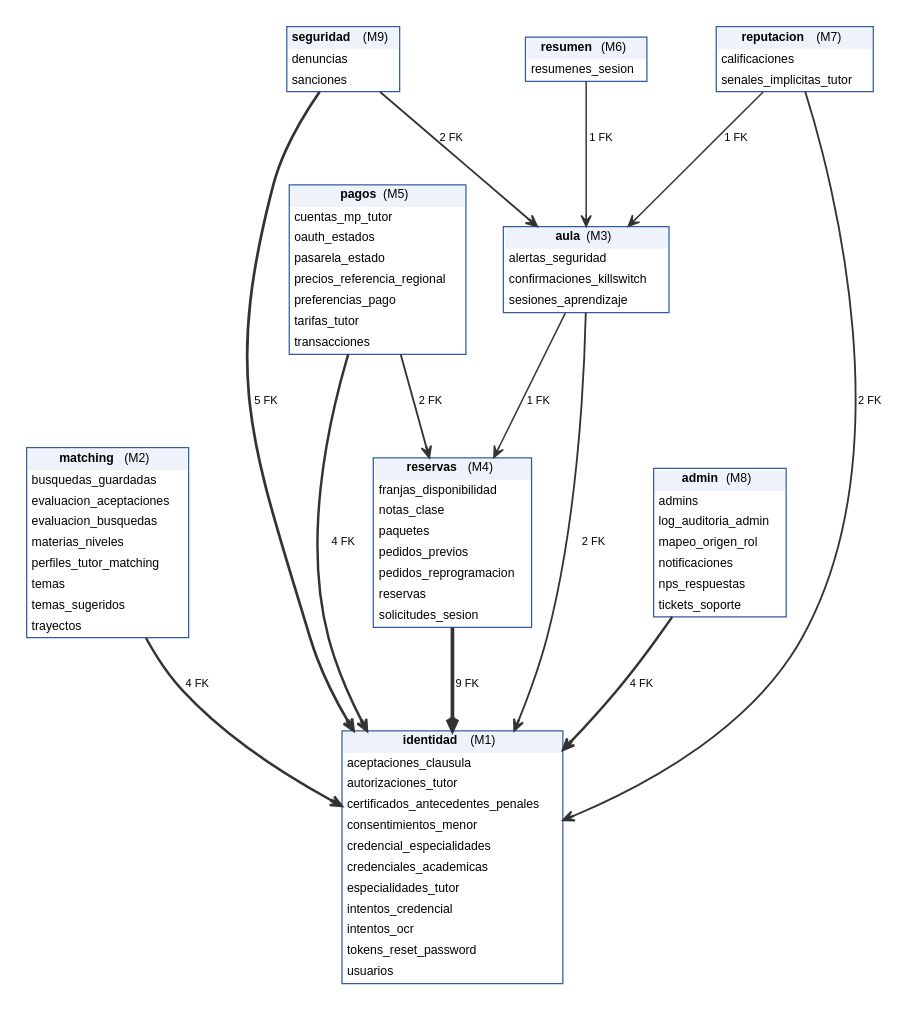
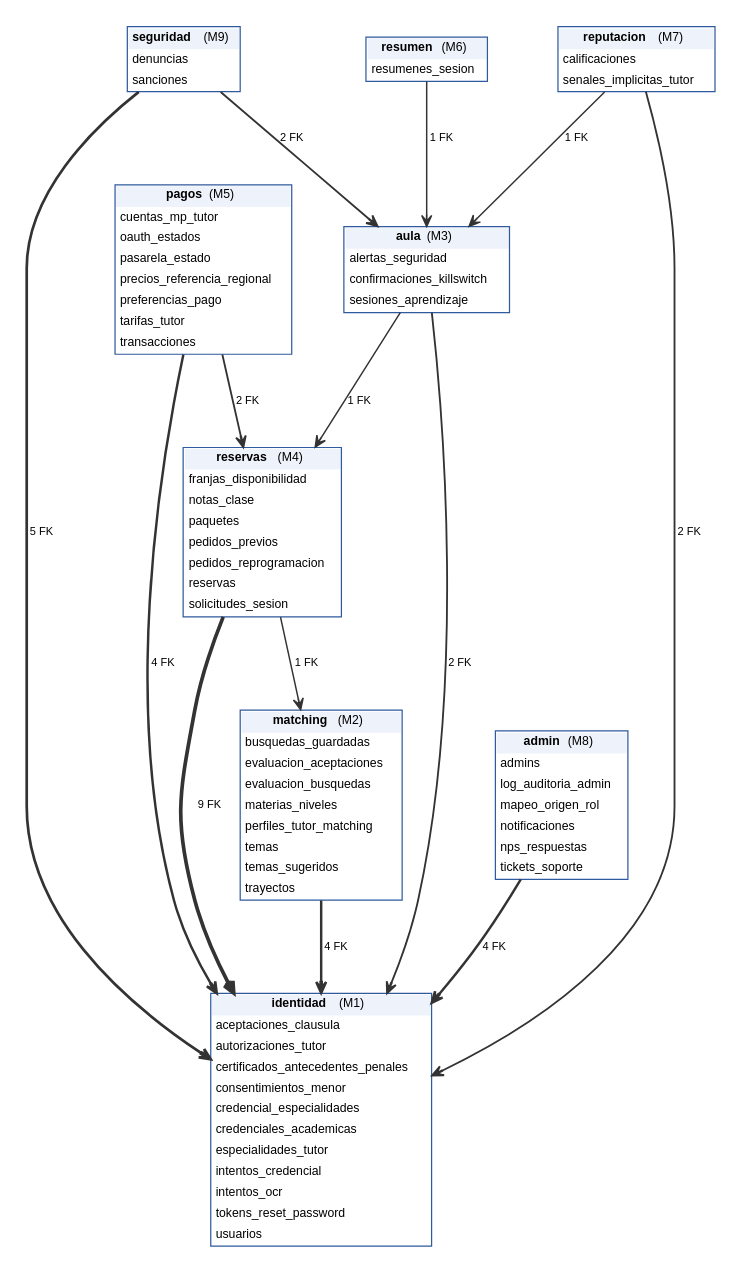
The diagram in figuras/der/00-general.dot (smercadocarbone/usal-tinku-docs), drawn with Graphviz before and after one commit. The commit also changed 12 other files, not shown here.

```diff
--- a/figuras/der/00-general.dot
+++ b/figuras/der/00-general.dot
@@ -1,27 +1,28 @@
 digraph "general" {
   graph [fontname="Helvetica", rankdir=TB, nodesep=0.35, ranksep=0.9, pad=0.2];
   node [shape=plain, fontname="Helvetica", fontsize=10];
   edge [fontname="Helvetica", fontsize=9, color="#333333", dir=both, arrowsize=0.9];
   edge [dir=forward, arrowhead=vee];
   "identidad" [label=<<TABLE BORDER="1" CELLBORDER="0" CELLSPACING="0" CELLPADDING="3" COLOR="#2F5A9E"><TR><TD BGCOLOR="#EEF3FB"><B>identidad</B> (M1)</TD></TR><TR><TD ALIGN="LEFT">aceptaciones_clausula</TD></TR><TR><TD ALIGN="LEFT">autorizaciones_tutor</TD></TR><TR><TD ALIGN="LEFT">certificados_antecedentes_penales</TD></TR><TR><TD ALIGN="LEFT">consentimientos_menor</TD></TR><TR><TD ALIGN="LEFT">credencial_especialidades</TD></TR><TR><TD ALIGN="LEFT">credenciales_academicas</TD></TR><TR><TD ALIGN="LEFT">especialidades_tutor</TD></TR><TR><TD ALIGN="LEFT">intentos_credencial</TD></TR><TR><TD ALIGN="LEFT">intentos_ocr</TD></TR><TR><TD ALIGN="LEFT">tokens_reset_password</TD></TR><TR><TD ALIGN="LEFT">usuarios</TD></TR></TABLE>>];
   "matching" [label=<<TABLE BORDER="1" CELLBORDER="0" CELLSPACING="0" CELLPADDING="3" COLOR="#2F5A9E"><TR><TD BGCOLOR="#EEF3FB"><B>matching</B> (M2)</TD></TR><TR><TD ALIGN="LEFT">busquedas_guardadas</TD></TR><TR><TD ALIGN="LEFT">evaluacion_aceptaciones</TD></TR><TR><TD ALIGN="LEFT">evaluacion_busquedas</TD></TR><TR><TD ALIGN="LEFT">materias_niveles</TD></TR><TR><TD ALIGN="LEFT">perfiles_tutor_matching</TD></TR><TR><TD ALIGN="LEFT">temas</TD></TR><TR><TD ALIGN="LEFT">temas_sugeridos</TD></TR><TR><TD ALIGN="LEFT">trayectos</TD></TR></TABLE>>];
   "aula" [label=<<TABLE BORDER="1" CELLBORDER="0" CELLSPACING="0" CELLPADDING="3" COLOR="#2F5A9E"><TR><TD BGCOLOR="#EEF3FB"><B>aula</B> (M3)</TD></TR><TR><TD ALIGN="LEFT">alertas_seguridad</TD></TR><TR><TD ALIGN="LEFT">confirmaciones_killswitch</TD></TR><TR><TD ALIGN="LEFT">sesiones_aprendizaje</TD></TR></TABLE>>];
   "reservas" [label=<<TABLE BORDER="1" CELLBORDER="0" CELLSPACING="0" CELLPADDING="3" COLOR="#2F5A9E"><TR><TD BGCOLOR="#EEF3FB"><B>reservas</B> (M4)</TD></TR><TR><TD ALIGN="LEFT">franjas_disponibilidad</TD></TR><TR><TD ALIGN="LEFT">notas_clase</TD></TR><TR><TD ALIGN="LEFT">paquetes</TD></TR><TR><TD ALIGN="LEFT">pedidos_previos</TD></TR><TR><TD ALIGN="LEFT">pedidos_reprogramacion</TD></TR><TR><TD ALIGN="LEFT">reservas</TD></TR><TR><TD ALIGN="LEFT">solicitudes_sesion</TD></TR></TABLE>>];
   "pagos" [label=<<TABLE BORDER="1" CELLBORDER="0" CELLSPACING="0" CELLPADDING="3" COLOR="#2F5A9E"><TR><TD BGCOLOR="#EEF3FB"><B>pagos</B> (M5)</TD></TR><TR><TD ALIGN="LEFT">cuentas_mp_tutor</TD></TR><TR><TD ALIGN="LEFT">oauth_estados</TD></TR><TR><TD ALIGN="LEFT">pasarela_estado</TD></TR><TR><TD ALIGN="LEFT">precios_referencia_regional</TD></TR><TR><TD ALIGN="LEFT">preferencias_pago</TD></TR><TR><TD ALIGN="LEFT">tarifas_tutor</TD></TR><TR><TD ALIGN="LEFT">transacciones</TD></TR></TABLE>>];
   "resumen" [label=<<TABLE BORDER="1" CELLBORDER="0" CELLSPACING="0" CELLPADDING="3" COLOR="#2F5A9E"><TR><TD BGCOLOR="#EEF3FB"><B>resumen</B> (M6)</TD></TR><TR><TD ALIGN="LEFT">resumenes_sesion</TD></TR></TABLE>>];
   "reputacion" [label=<<TABLE BORDER="1" CELLBORDER="0" CELLSPACING="0" CELLPADDING="3" COLOR="#2F5A9E"><TR><TD BGCOLOR="#EEF3FB"><B>reputacion</B> (M7)</TD></TR><TR><TD ALIGN="LEFT">calificaciones</TD></TR><TR><TD ALIGN="LEFT">senales_implicitas_tutor</TD></TR></TABLE>>];
   "admin" [label=<<TABLE BORDER="1" CELLBORDER="0" CELLSPACING="0" CELLPADDING="3" COLOR="#2F5A9E"><TR><TD BGCOLOR="#EEF3FB"><B>admin</B> (M8)</TD></TR><TR><TD ALIGN="LEFT">admins</TD></TR><TR><TD ALIGN="LEFT">log_auditoria_admin</TD></TR><TR><TD ALIGN="LEFT">mapeo_origen_rol</TD></TR><TR><TD ALIGN="LEFT">notificaciones</TD></TR><TR><TD ALIGN="LEFT">nps_respuestas</TD></TR><TR><TD ALIGN="LEFT">tickets_soporte</TD></TR></TABLE>>];
   "seguridad" [label=<<TABLE BORDER="1" CELLBORDER="0" CELLSPACING="0" CELLPADDING="3" COLOR="#2F5A9E"><TR><TD BGCOLOR="#EEF3FB"><B>seguridad</B> (M9)</TD></TR><TR><TD ALIGN="LEFT">denuncias</TD></TR><TR><TD ALIGN="LEFT">sanciones</TD></TR></TABLE>>];
   "admin" -> "identidad" [label=" 4 FK", penwidth=2.0];
   "aula" -> "identidad" [label=" 2 FK", penwidth=1.5];
   "aula" -> "reservas" [label=" 1 FK", penwidth=1.2];
   "matching" -> "identidad" [label=" 4 FK", penwidth=2.0];
   "pagos" -> "identidad" [label=" 4 FK", penwidth=2.0];
   "pagos" -> "reservas" [label=" 2 FK", penwidth=1.5];
   "reputacion" -> "aula" [label=" 1 FK", penwidth=1.2];
   "reputacion" -> "identidad" [label=" 2 FK", penwidth=1.5];
   "reservas" -> "identidad" [label=" 9 FK", penwidth=3.0];
+  "reservas" -> "matching" [label=" 1 FK", penwidth=1.2];
   "resumen" -> "aula" [label=" 1 FK", penwidth=1.2];
   "seguridad" -> "aula" [label=" 2 FK", penwidth=1.5];
   "seguridad" -> "identidad" [label=" 5 FK", penwidth=2.2];
 }
```
